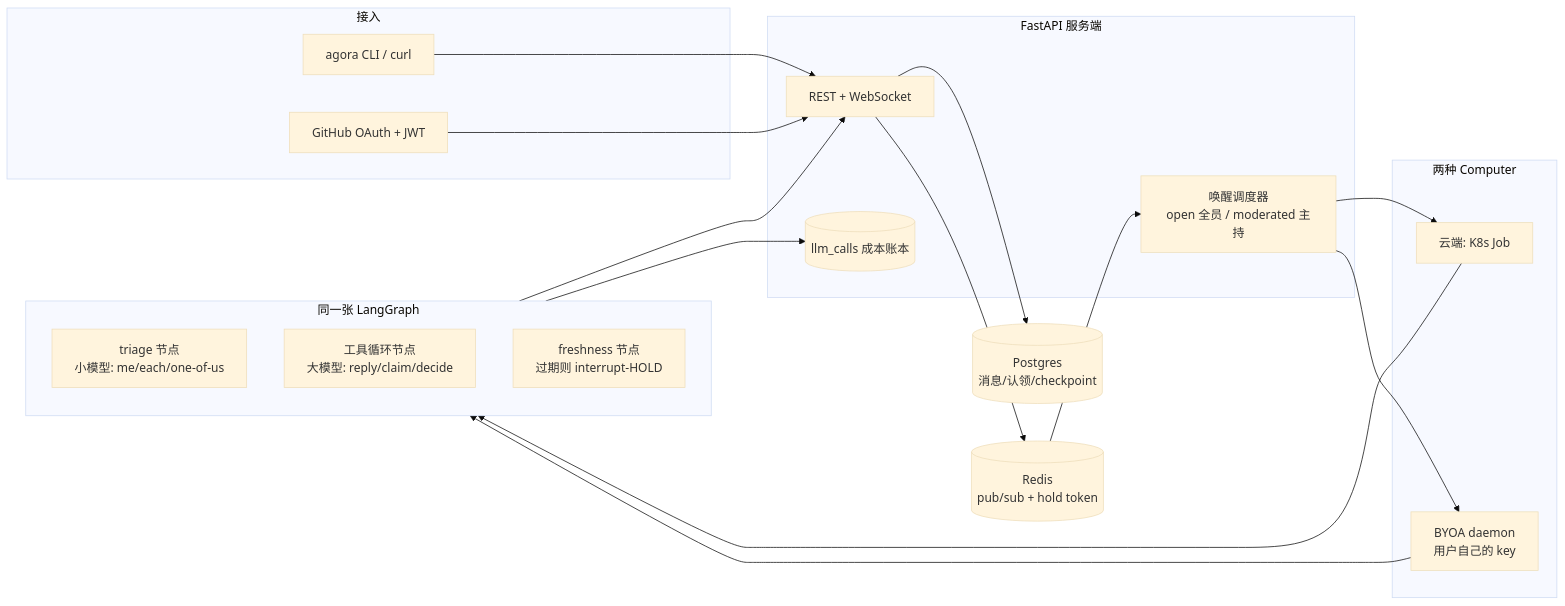
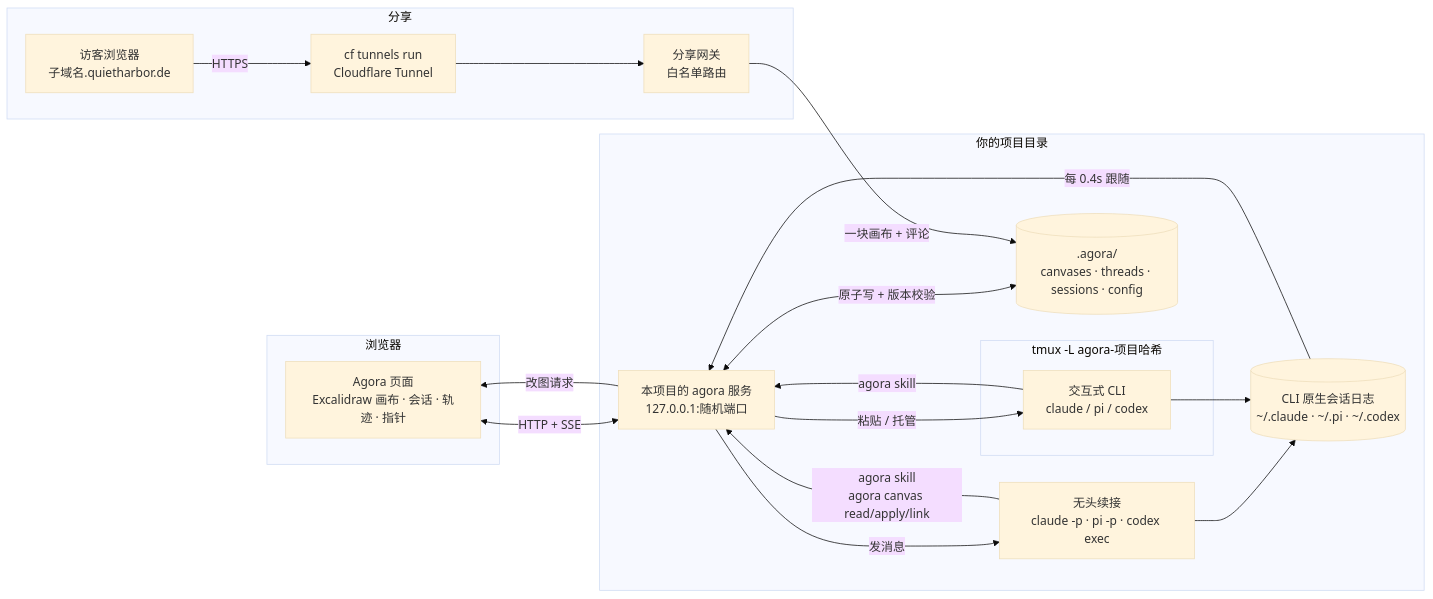
One commit to arvakme/agora changed the diagram in README.md. Above: the diagram before and after it, drawn with Mermaid (base theme). The commit also changed other lines of this file and 1606 other files, not shown here.

First line of the commit message:
每个项目自带一个 Agora：Excalidraw 架构画布 + 你自己的 coding agent，工位视图导演层与悬浮会话面板 (#44)

````diff
--- a/README.md
+++ b/README.md
@@ -5,34 +61,32 @@
 ```mermaid
 flowchart LR
-  subgraph clients [接入]
-    CLI[agora CLI / curl]
-    OAuth[GitHub OAuth + JWT]
+  subgraph browser [浏览器]
+    UI[Agora 页面<br/>Excalidraw 画布 · 会话 · 轨迹 · 指针]
   end
-  subgraph server [FastAPI 服务端]
-    API[REST + WebSocket]
-    Scheduler[唤醒调度器<br/>open 全员 / moderated 主持]
-    Ledger[(llm_calls 成本账本)]
+  subgraph project [你的项目目录]
+    Server[本项目的 agora 服务<br/>127.0.0.1:随机端口]
+    Files[(.agora/<br/>canvases · threads · sessions · config)]
+    subgraph tmux [tmux -L agora-项目哈希]
+      TUI[交互式 CLI<br/>claude / pi / codex]
+    end
+    Headless[无头续接<br/>claude -p · pi -p · codex exec]
+    Logs[(CLI 原生会话日志<br/>~/.claude · ~/.pi · ~/.codex)]
   end
-  subgraph brain [同一张 LangGraph]
-    Triage[triage 节点<br/>小模型: me/each/one-of-us]
-    Loop[工具循环节点<br/>大模型: reply/claim/decide]
-    Fresh[freshness 节点<br/>过期则 interrupt-HOLD]
+  subgraph share [分享]
+    Guest[访客浏览器<br/>子域名.quietharbor.de]
+    CF[cf tunnels run<br/>Cloudflare Tunnel]
+    Gateway[分享网关<br/>白名单路由]
   end
-  PG[(Postgres<br/>消息/认领/checkpoint)]
-  RD[(Redis<br/>pub/sub + hold token)]
-  subgraph hosts [两种 Computer]
-    K8sJob[云端: K8s Job]
-    Daemon[BYOA daemon<br/>用户自己的 key]
-  end
-  CLI --> API
-  OAuth --> API
-  API --> PG
-  API --> RD
-  RD --> Scheduler
-  Scheduler --> K8sJob
-  Scheduler --> Daemon
-  K8sJob --> brain
-  Daemon --> brain
-  brain --> API
-  brain --> Ledger
+
+  UI <-->|HTTP + SSE| Server
+  Server <-->|原子写 + 版本校验| Files
+  Server -->|发消息| Headless
+  Server -->|粘贴 / 托管| TUI
+  Headless -->|agora skill<br/>agora canvas read/apply/link| Server
+  TUI -->|agora skill| Server
+  Headless --> Logs
+  TUI --> Logs
+  Logs -->|每 0.4s 跟随| Server
+  Server -->|改图请求| UI
+  Guest -->|HTTPS| CF --> Gateway -->|一块画布 + 评论| Files
 ```
````
